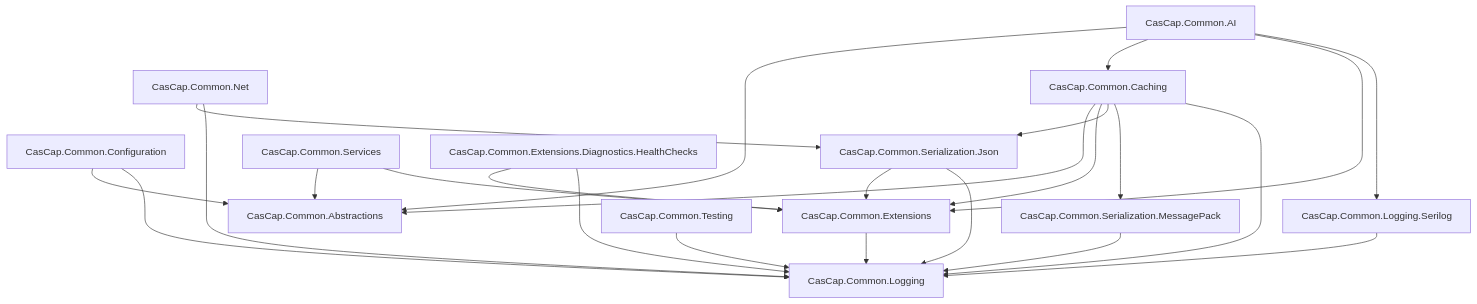
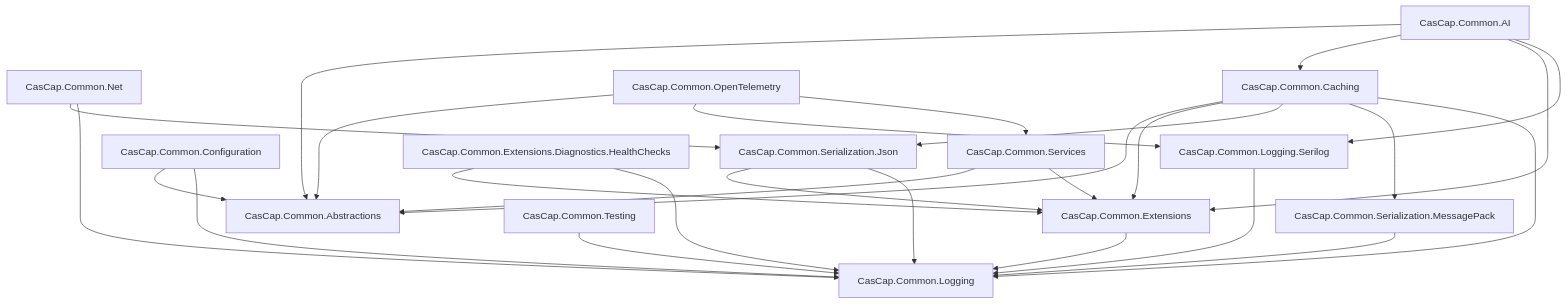
The first of 2 diagrams in README.md (f2calv/CasCap.Common), drawn with Mermaid before and after one commit. The commit also changed other lines of this file and 10 other files, not shown here.

Commit message:
create Otel library and add to Serilog extensions

````diff
--- a/README.md
+++ b/README.md
@@ -81,40 +85,44 @@
 ```mermaid
 graph TD
     Logging[CasCap.Common.Logging]
     LoggingSerilog[CasCap.Common.Logging.Serilog]
     Abstractions[CasCap.Common.Abstractions]
     Extensions[CasCap.Common.Extensions]
     Configuration[CasCap.Common.Configuration]
     SerJson[CasCap.Common.Serialization.Json]
     SerMsgPack[CasCap.Common.Serialization.MessagePack]
     Net[CasCap.Common.Net]
     Caching[CasCap.Common.Caching]
     Services[CasCap.Common.Services]
     HealthChecks[CasCap.Common.Extensions.Diagnostics.HealthChecks]
     Testing[CasCap.Common.Testing]
     AI[CasCap.Common.AI]
+    OTel[CasCap.Common.OpenTelemetry]
 
     Extensions --> Logging
     LoggingSerilog --> Logging
     Configuration --> Abstractions
     Configuration --> Logging
     SerJson --> Extensions
     SerJson --> Logging
     SerMsgPack --> Logging
     Net --> SerJson
     Net --> Logging
     HealthChecks --> Extensions
     HealthChecks --> Logging
     Testing --> Logging
     Services --> Abstractions
     Services --> Extensions
     Caching --> Abstractions
     Caching --> Extensions
     Caching --> SerJson
     Caching --> SerMsgPack
     Caching --> Logging
     AI --> Abstractions
     AI --> Caching
     AI --> Extensions
     AI --> LoggingSerilog
+    OTel --> Abstractions
+    OTel --> LoggingSerilog
+    OTel --> Services
 ```
````
